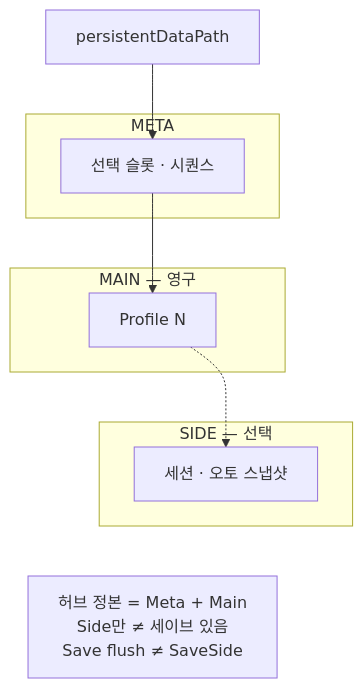
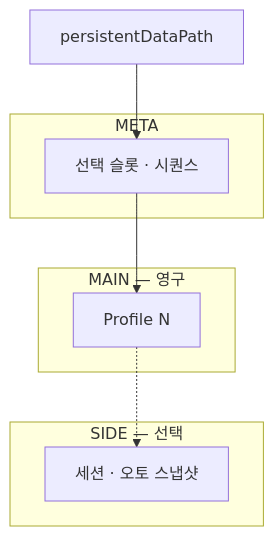
One commit to monet5379/monet5379.github.io changed the diagram in notes/save-layout-boundaries.md. Above: the diagram before and after it, drawn with Mermaid. The commit also changed other lines of this file and 24 other files, not shown here.

Commit message:
콘텐츠(notes): project 목록 FM과 복수 증명·Mermaid·회고 슬롯을 맞춥니다.

````diff
--- a/notes/save-layout-boundaries.md
+++ b/notes/save-layout-boundaries.md
@@ -67,23 +68,19 @@
 ```mermaid
 flowchart TD
   E["persistentDataPath"] --> M
 
   subgraph META["META"]
     M["선택 슬롯 · 시퀀스"]
   end
 
   subgraph MAIN["MAIN — 영구"]
     P["Profile N"]
   end
 
   subgraph SIDE["SIDE — 선택"]
     S["세션 · 오토 스냅샷"]
   end
 
   M --> P
   P -.-> S
-
-  NOTE["허브 정본 = Meta + Main<br/>Side만 ≠ 세이브 있음<br/>Save flush ≠ SaveSide"]
-  P ~~~ NOTE
-  S ~~~ NOTE
 ```
````
